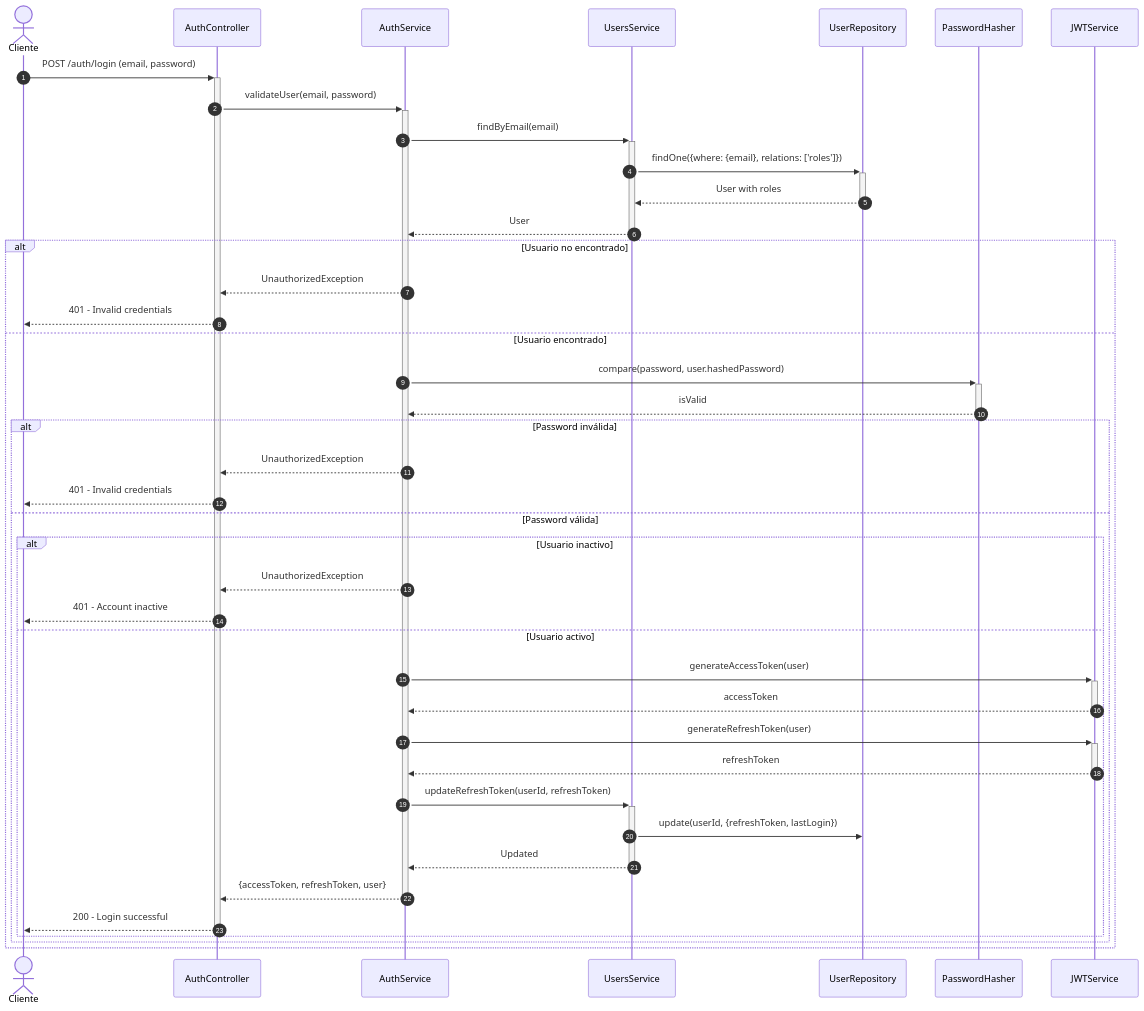
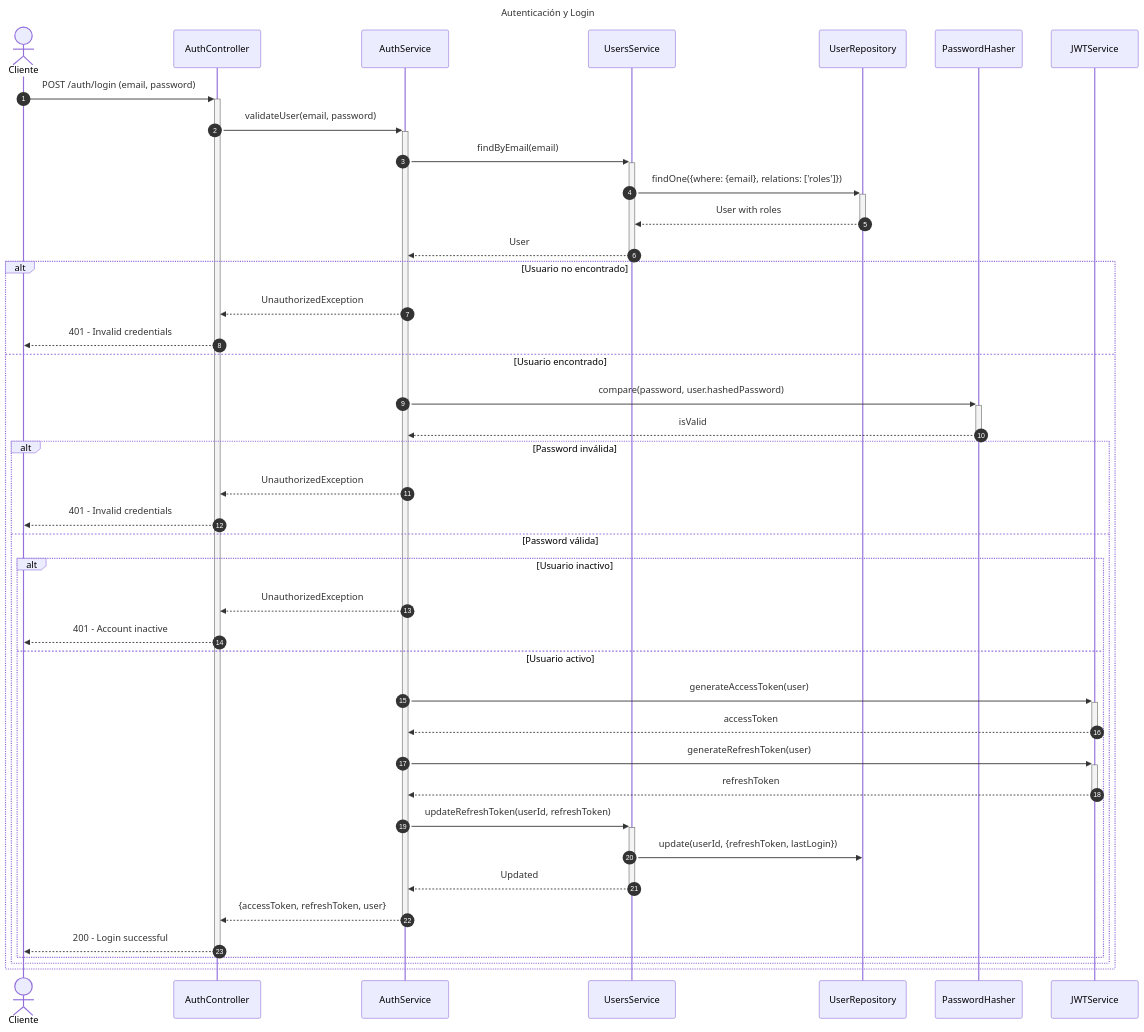
The second of 7 diagrams in diagrams/sequence/users-sequence-diagram.md (Nick220505/hotelier-backend), drawn with Mermaid before and after one commit. The commit also changed other lines of this file and 5 other files, not shown here.

Commit message:
Add titles to sequence diagrams for Billing, Employees, Inventory, Reservations, Restaurant, and Users modules

````diff
--- a/diagrams/sequence/users-sequence-diagram.md
+++ b/diagrams/sequence/users-sequence-diagram.md
@@ -48,50 +51,53 @@
 ```mermaid
+---
+title: Autenticación y Login
+---
 sequenceDiagram
     autonumber
     actor Cliente
     participant AuthController
     participant AuthService
     participant UserService as UsersService
     participant UserRepo as UserRepository
     participant Hash as PasswordHasher
     participant JWT as JWTService
 
     Cliente->>+AuthController: POST /auth/login (email, password)
     AuthController->>+AuthService: validateUser(email, password)
     
     AuthService->>+UserService: findByEmail(email)
     UserService->>+UserRepo: findOne({where: {email}, relations: ['roles']})
     UserRepo-->>-UserService: User with roles
     UserService-->>-AuthService: User
     
     alt Usuario no encontrado
         AuthService-->>AuthController: UnauthorizedException
         AuthController-->>Cliente: 401 - Invalid credentials
     else Usuario encontrado
         AuthService->>+Hash: compare(password, user.hashedPassword)
         Hash-->>-AuthService: isValid
         
         alt Password inválida
             AuthService-->>AuthController: UnauthorizedException
             AuthController-->>Cliente: 401 - Invalid credentials
         else Password válida
             alt Usuario inactivo
                 AuthService-->>AuthController: UnauthorizedException
                 AuthController-->>Cliente: 401 - Account inactive
             else Usuario activo
                 AuthService->>+JWT: generateAccessToken(user)
                 JWT-->>-AuthService: accessToken
                 
                 AuthService->>+JWT: generateRefreshToken(user)
                 JWT-->>-AuthService: refreshToken
                 
                 AuthService->>+UserService: updateRefreshToken(userId, refreshToken)
                 UserService->>UserRepo: update(userId, {refreshToken, lastLogin})
                 UserService-->>-AuthService: Updated
                 
                 AuthService-->>-AuthController: {accessToken, refreshToken, user}
                 AuthController-->>-Cliente: 200 - Login successful
             end
         end
     end
 ```
````
